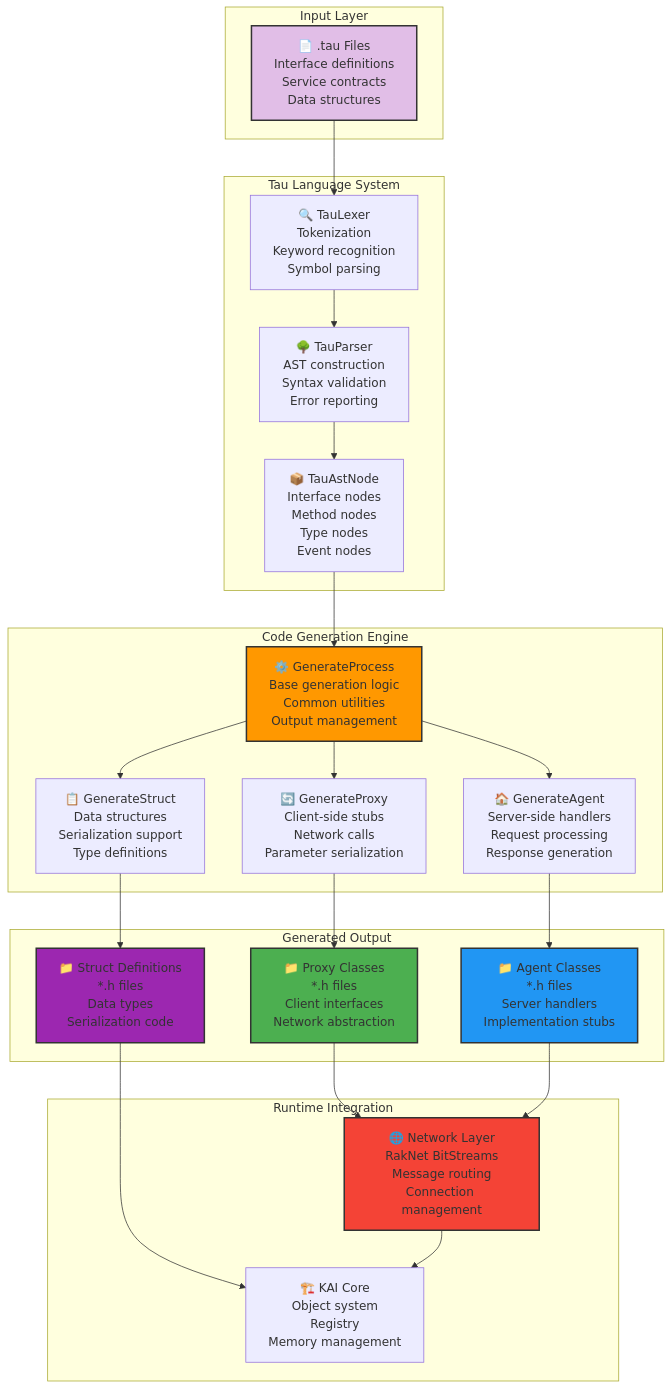
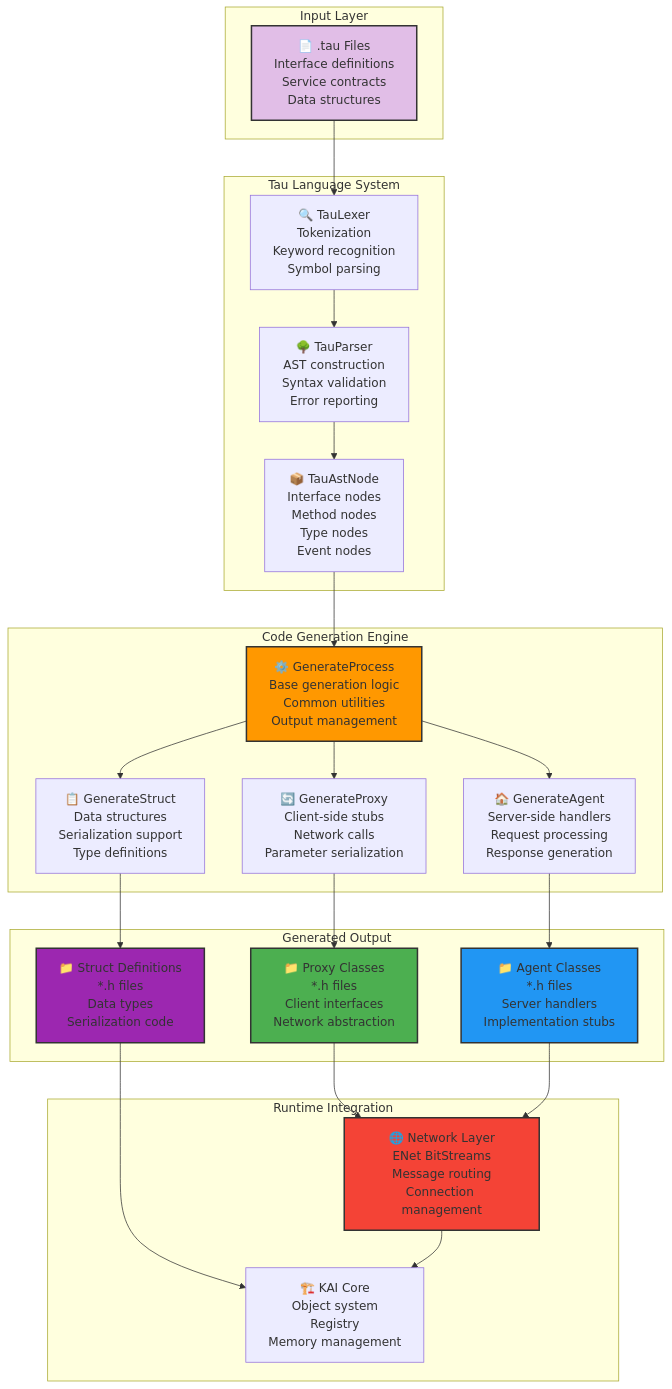
One commit to cschladetsch/CppKAI changed the first of 7 diagrams in Doc/TauArchitectureDiagrams.md. Above: the diagram before and after it, drawn with Mermaid. The commit also changed other lines of this file and 136 other files, not shown here.

Commit message:
Remove RakNet and add ENet transport abstraction

````diff
--- a/Doc/TauArchitectureDiagrams.md
+++ b/Doc/TauArchitectureDiagrams.md
@@ -19,52 +19,52 @@
 ```mermaid
 graph TB
     subgraph "Input Layer"
         TAU_FILES["📄 .tau Files<br/>Interface definitions<br/>Service contracts<br/>Data structures"]
     end
     
     subgraph "Tau Language System"
         LEXER["🔍 TauLexer<br/>Tokenization<br/>Keyword recognition<br/>Symbol parsing"]
         PARSER["🌳 TauParser<br/>AST construction<br/>Syntax validation<br/>Error reporting"]
         AST_NODES["📦 TauAstNode<br/>Interface nodes<br/>Method nodes<br/>Type nodes<br/>Event nodes"]
     end
     
     subgraph "Code Generation Engine"
         GEN_PROCESS["⚙️ GenerateProcess<br/>Base generation logic<br/>Common utilities<br/>Output management"]
         GEN_PROXY["🔄 GenerateProxy<br/>Client-side stubs<br/>Network calls<br/>Parameter serialization"]
         GEN_AGENT["🏠 GenerateAgent<br/>Server-side handlers<br/>Request processing<br/>Response generation"]
         GEN_STRUCT["📋 GenerateStruct<br/>Data structures<br/>Serialization support<br/>Type definitions"]
     end
     
     subgraph "Generated Output"
         CPP_PROXY["📁 Proxy Classes<br/>*.h files<br/>Client interfaces<br/>Network abstraction"]
         CPP_AGENT["📁 Agent Classes<br/>*.h files<br/>Server handlers<br/>Implementation stubs"]
         CPP_STRUCT["📁 Struct Definitions<br/>*.h files<br/>Data types<br/>Serialization code"]
     end
     
     subgraph "Runtime Integration"
-        NETWORK["🌐 Network Layer<br/>RakNet BitStreams<br/>Message routing<br/>Connection management"]
+        NETWORK["🌐 Network Layer<br/>ENet BitStreams<br/>Message routing<br/>Connection management"]
         KAI_CORE["🏗️ KAI Core<br/>Object system<br/>Registry<br/>Memory management"]
     end
     
     TAU_FILES --> LEXER
     LEXER --> PARSER
     PARSER --> AST_NODES
     AST_NODES --> GEN_PROCESS
     GEN_PROCESS --> GEN_PROXY
     GEN_PROCESS --> GEN_AGENT
     GEN_PROCESS --> GEN_STRUCT
     GEN_PROXY --> CPP_PROXY
     GEN_AGENT --> CPP_AGENT
     GEN_STRUCT --> CPP_STRUCT
     CPP_PROXY --> NETWORK
     CPP_AGENT --> NETWORK
     CPP_STRUCT --> KAI_CORE
     NETWORK --> KAI_CORE
     
     style TAU_FILES fill:#e1bee7,stroke:#333,stroke-width:2px
     style GEN_PROCESS fill:#ff9800,stroke:#333,stroke-width:2px
     style CPP_PROXY fill:#4caf50,stroke:#333,stroke-width:2px
     style CPP_AGENT fill:#2196f3,stroke:#333,stroke-width:2px
     style CPP_STRUCT fill:#9c27b0,stroke:#333,stroke-width:2px
     style NETWORK fill:#f44336,stroke:#333,stroke-width:2px
 ```
````
